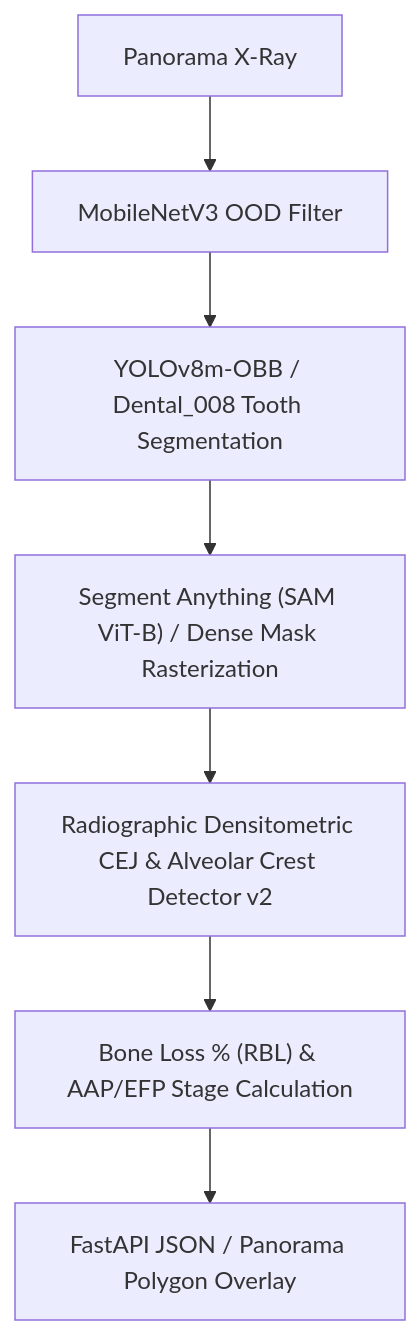
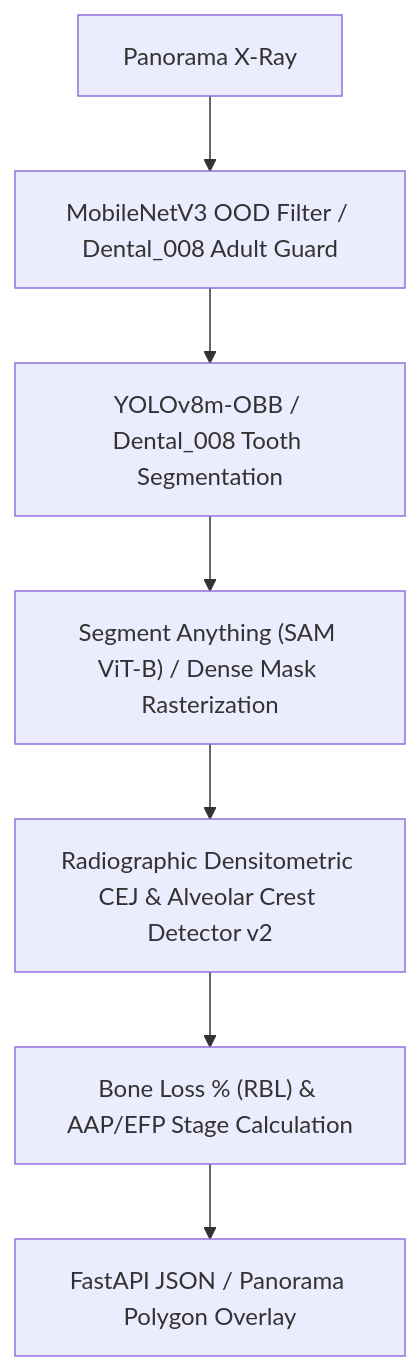
Before and after one commit to HyunchanAn/Dental_003: the diagram in README.md, drawn with Mermaid. The commit also changed other lines of this file, not shown here.

````diff
--- a/README.md
+++ b/README.md
@@ -39,9 +21,9 @@
 ```mermaid
 graph TD
-    A["Panorama X-Ray"] --> B["MobileNetV3 OOD Filter"]
+    A["Panorama X-Ray"] --> B["MobileNetV3 OOD Filter / Dental_008 Adult Guard"]
     B --> C["YOLOv8m-OBB / Dental_008 Tooth Segmentation"]
     C --> D["Segment Anything (SAM ViT-B) / Dense Mask Rasterization"]
     D --> E["Radiographic Densitometric CEJ & Alveolar Crest Detector v2"]
     E --> F["Bone Loss % (RBL) & AAP/EFP Stage Calculation"]
     F --> G["FastAPI JSON / Panorama Polygon Overlay"]
 ```
````
